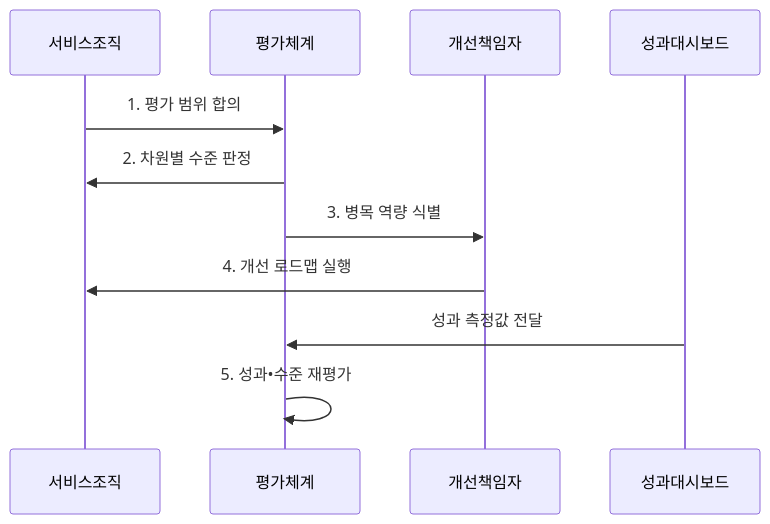
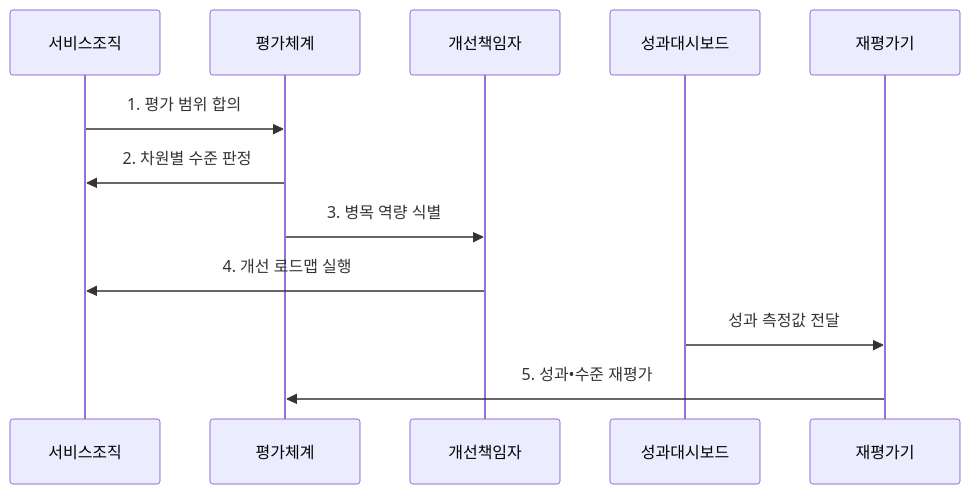
One commit to agnusdei1207/knowledge-base changed the second of 2 diagrams in src/content/docs/notes/03-software/229_digital_service_maturity_model.md. Above: the diagram before and after it, drawn with Mermaid. The commit also changed other lines of this file and 6 other files, not shown here.

````diff
--- a/src/content/docs/notes/03-software/229_digital_service_maturity_model.md
+++ b/src/content/docs/notes/03-software/229_digital_service_maturity_model.md
@@ -107,13 +107,14 @@
 ```mermaid
 sequenceDiagram
     participant 서비스조직
     participant 평가체계
     participant 개선책임자
     participant 성과대시보드
+    participant 재평가기
     서비스조직->>평가체계: 1. 평가 범위 합의
     평가체계->>서비스조직: 2. 차원별 수준 판정
     평가체계->>개선책임자: 3. 병목 역량 식별
     개선책임자->>서비스조직: 4. 개선 로드맵 실행
-    성과대시보드->>평가체계: 성과 측정값 전달
-    평가체계->>평가체계: 5. 성과•수준 재평가
+    성과대시보드->>재평가기: 성과 측정값 전달
+    재평가기->>평가체계: 5. 성과•수준 재평가
 ```
````
